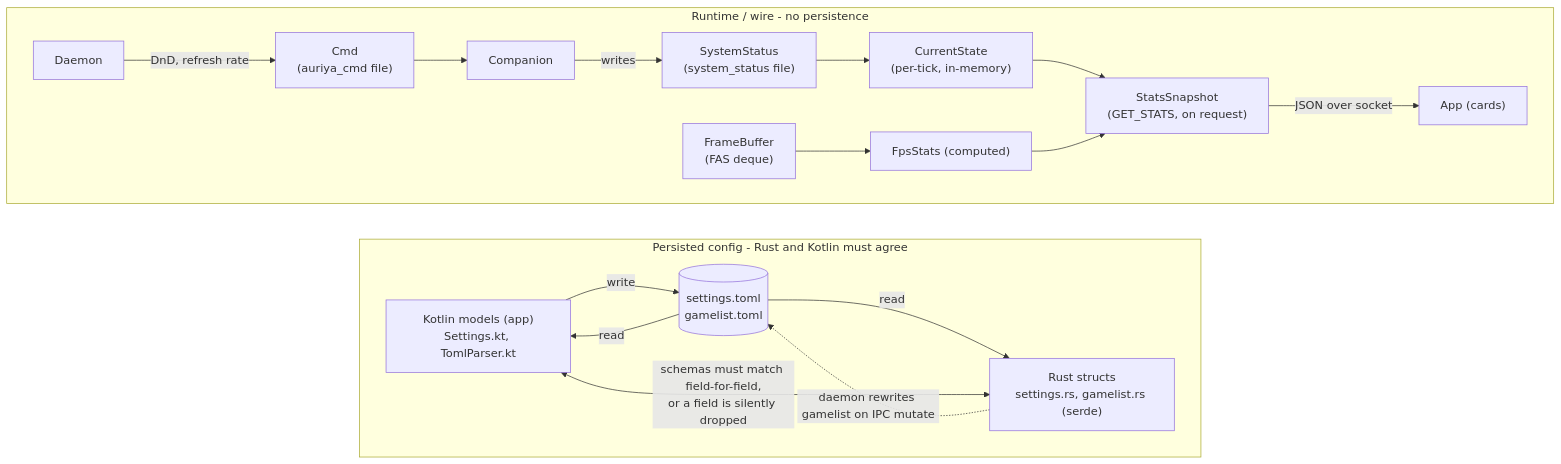
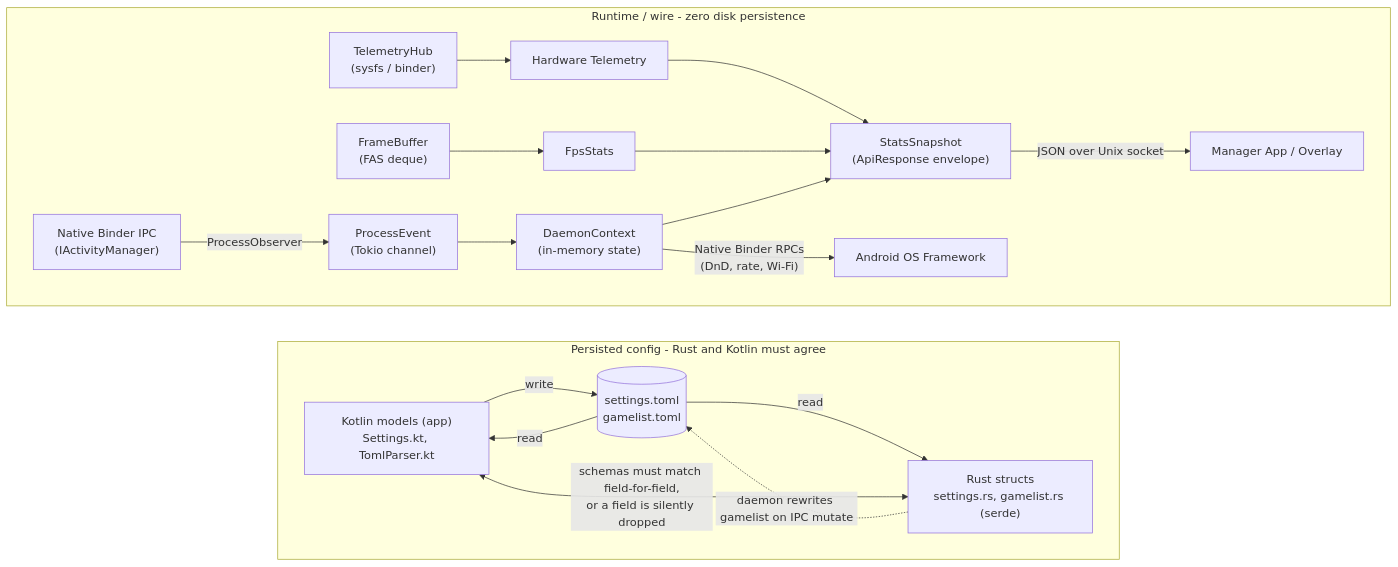
One commit to pavelc4/auriya-wiki changed the diagram in src/content/docs/architecture/data-model.md. Above: the diagram before and after it, drawn with Mermaid. The commit also changed other lines of this file and 42 other files, not shown here.

Commit message:
docs: overhaul architecture documentation for v2.2.0 Native Binder IPC

````diff
--- a/src/content/docs/architecture/data-model.md
+++ b/src/content/docs/architecture/data-model.md
@@ -19,26 +19,25 @@
 ```mermaid
 flowchart LR
     subgraph persisted ["Persisted config - Rust and Kotlin must agree"]
         direction LR
         kt["Kotlin models (app)<br/>Settings.kt, TomlParser.kt"]
         toml[("settings.toml<br/>gamelist.toml")]
         rs["Rust structs<br/>settings.rs, gamelist.rs (serde)"]
         kt -->|write| toml
         toml -->|read| rs
         rs -.->|"daemon rewrites gamelist on IPC mutate"| toml
         toml -->|read| kt
     end
     kt <-->|"schemas must match field-for-field,<br/>or a field is silently dropped"| rs
 
-    subgraph runtime ["Runtime / wire - no persistence"]
+    subgraph runtime ["Runtime / wire - zero disk persistence"]
         direction LR
-        comp["Companion"] -->|writes| ss["SystemStatus<br/>(system_status file)"]
-        ss --> cs["CurrentState<br/>(per-tick, in-memory)"]
-        cs --> stats["StatsSnapshot<br/>(GET_STATS, on request)"]
-        stats -->|"JSON over socket"| app["App (cards)"]
-        fb["FrameBuffer<br/>(FAS deque)"] --> fps["FpsStats (computed)"]
-        fps --> stats
-        daemon["Daemon"] -->|"DnD, refresh rate"| cmd["Cmd<br/>(auriya_cmd file)"]
-        cmd --> comp
+        am["Native Binder IPC<br/>(IActivityManager)"] -->|ProcessObserver| pe["ProcessEvent<br/>(Tokio channel)"]
+        pe --> ctx["DaemonContext<br/>(in-memory state)"]
+        fb["FrameBuffer<br/>(FAS deque)"] --> fps["FpsStats"]
+        hub["TelemetryHub<br/>(sysfs / binder)"] --> telem["Hardware Telemetry"]
+        ctx & fps & telem --> stats["StatsSnapshot<br/>(ApiResponse envelope)"]
+        stats -->|"JSON over Unix socket"| app["Manager App / Overlay"]
+        ctx -->|"Native Binder RPCs<br/>(DnD, rate, Wi-Fi)"| android["Android OS Framework"]
     end
 ```
````
